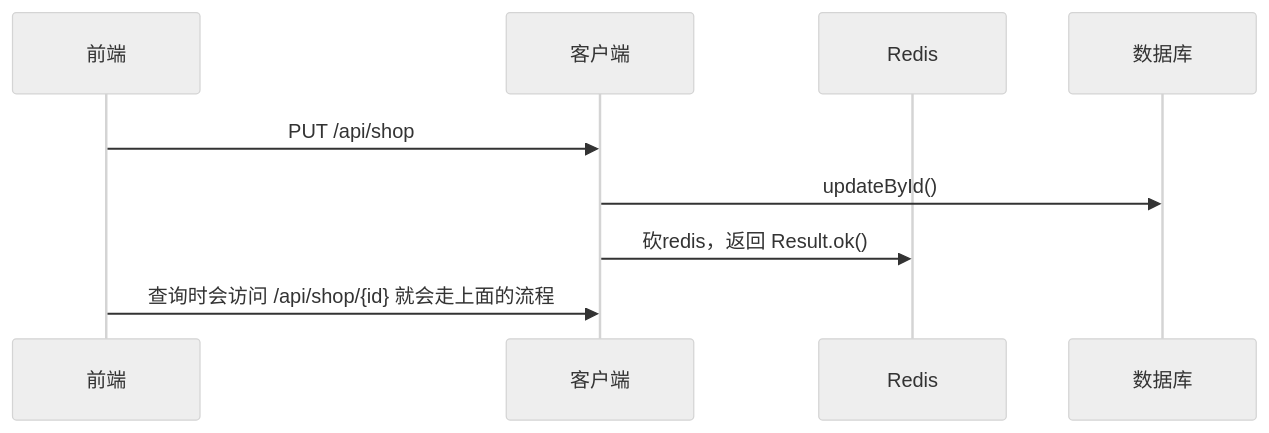
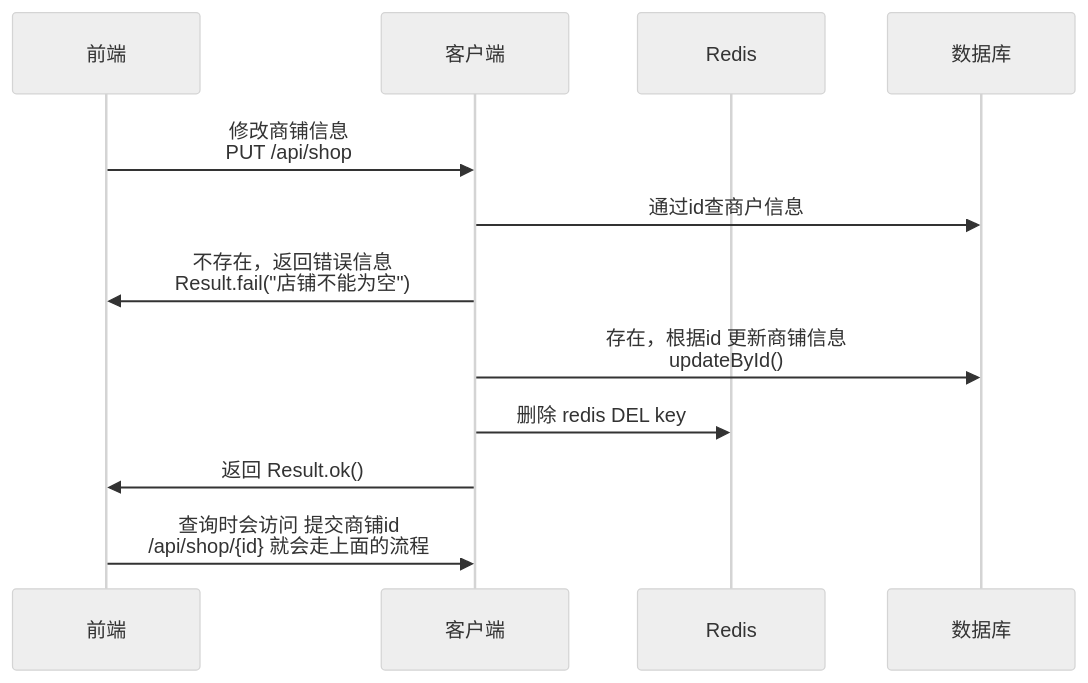
One commit to feed981/e01 changed the second of 5 diagrams in README.md. Above: the diagram before and after it, drawn with Mermaid (neutral theme). The commit also changed other lines of this file, not shown here.

````diff
--- a/README.md
+++ b/README.md
@@ -1336,13 +221,15 @@
 ```mermaid
 sequenceDiagram
     participant 前端
     participant 客户端
     participant Redis
     participant 数据库
 	
-  前端->>客户端: PUT /api/shop
-  客户端->>数据库: updateById()
-  客户端->>Redis: 砍redis，返回 Result.ok()
-  前端->>客户端: 查询时会访问 /api/shop/{id} 就会走上面的流程
-    
+前端->>客户端: 修改商铺信息<br>PUT /api/shop
+客户端->>数据库: 通过id查商户信息
+客户端->>前端: 不存在，返回错误信息<br>Result.fail("店铺不能为空")
+客户端->>数据库: 存在，根据id 更新商铺信息<br> updateById()
+客户端->>Redis: 删除 redis DEL key
+客户端->>前端:返回 Result.ok()
+前端->>客户端: 查询时会访问 提交商铺id <br>/api/shop/{id} 就会走上面的流程
 ```
````
